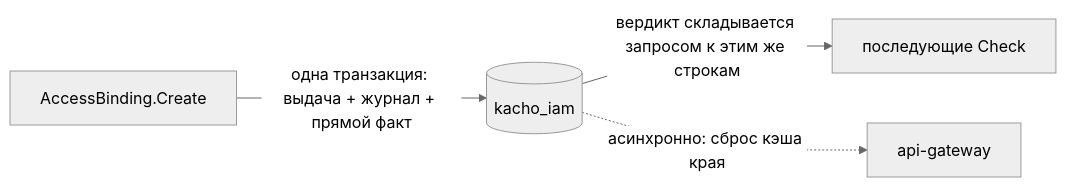
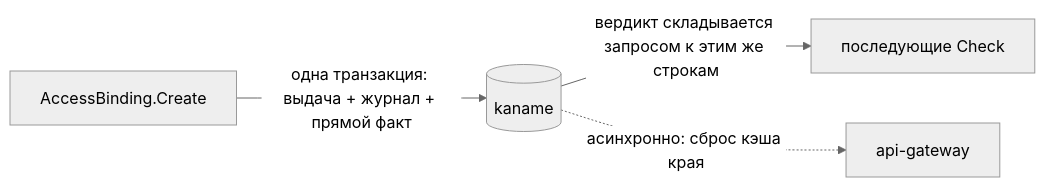
Before and after one commit to PRO-Robotech/kacho: the second of 2 diagrams in services/iam/docs/content/architecture/authz.mdx, drawn with Mermaid (neutral theme). The commit also changed other lines of this file and 5005 other files, not shown here.

````diff
--- a/services/iam/docs/content/architecture/authz.mdx
+++ b/services/iam/docs/content/architecture/authz.mdx
@@ -226,6 +226,6 @@
 ```mermaid
 flowchart LR
-  ab["AccessBinding.Create"] -->|"одна транзакция: выдача + журнал + прямой факт"| pg[("kacho_iam")]
+  ab["AccessBinding.Create"] -->|"одна транзакция: выдача + журнал + прямой факт"| pg[("kaname")]
   pg -->|"вердикт складывается запросом к этим же строкам"| check["последующие Check"]
   pg -.->|"асинхронно: сброс кэша края"| gw["api-gateway"]
 ```
````
